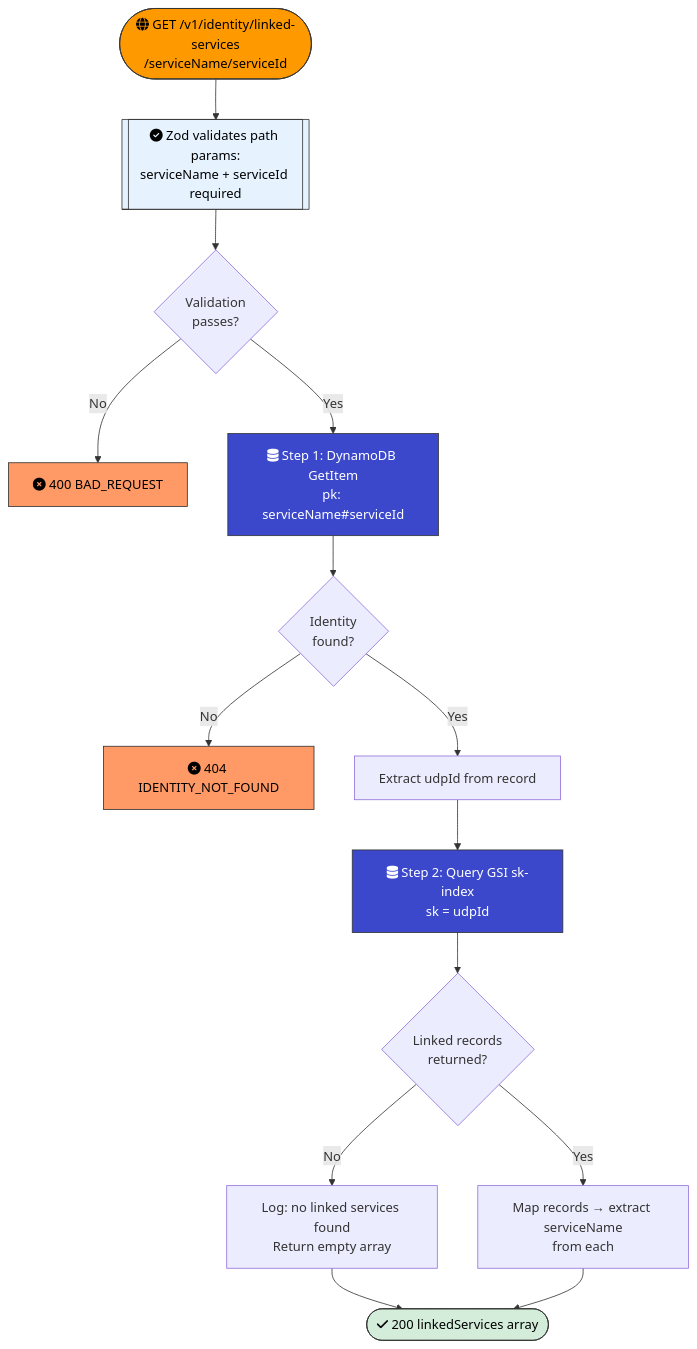
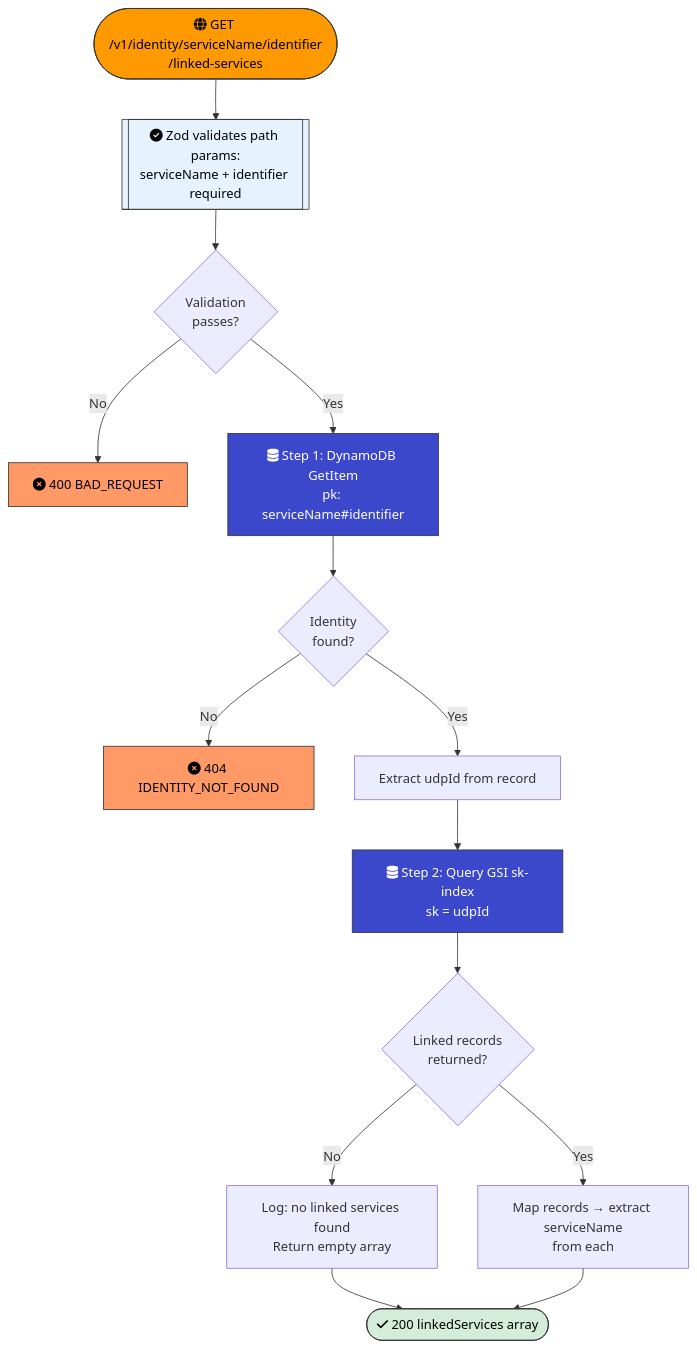
The seventh of 21 diagrams in docs/lambda-flow-diagrams.md (govuk-once/user-data-platform), drawn with Mermaid before and after one commit. The commit also changed other lines of this file and 5 other files, not shown here.

Commit message:
chore: refactor all linked services path

````diff
--- a/docs/lambda-flow-diagrams.md
+++ b/docs/lambda-flow-diagrams.md
@@ -316,43 +316,43 @@
 ```mermaid
 
 flowchart TD
 
     classDef error fill:#f96,stroke:#333,color:#000
 
     classDef success fill:#d4edda,stroke:#333,color:#000
 
     classDef apigw fill:#FF9900,stroke:#333,color:#000
 
     classDef dynamo fill:#3B48CC,stroke:#333,color:#fff
 
     classDef validate fill:#e6f3ff,stroke:#333,color:#000
 
 
 
-    A(["fa:fa-globe GET /v1/identity/linked-services<br/>/serviceName/serviceId"]):::apigw --> B[[fa:fa-check-circle Zod validates path params:<br/>serviceName + serviceId required]]:::validate
+    A(["fa:fa-globe GET /v1/identity/serviceName/identifier<br/>/linked-services"]):::apigw --> B[[fa:fa-check-circle Zod validates path params:<br/>serviceName + identifier required]]:::validate
 
     B --> C{Validation<br/>passes?}
 
     C -- No --> ERR1[fa:fa-times-circle 400 BAD_REQUEST]:::error
 
-    C -- Yes --> D[fa:fa-database Step 1: DynamoDB GetItem<br/>pk: serviceName#serviceId]:::dynamo
+    C -- Yes --> D[fa:fa-database Step 1: DynamoDB GetItem<br/>pk: serviceName#identifier]:::dynamo
 
     D --> E{Identity<br/>found?}
 
     E -- No --> ERR2[fa:fa-times-circle 404 IDENTITY_NOT_FOUND]:::error
 
     E -- Yes --> F[Extract udpId from record]
 
     F --> G[fa:fa-database Step 2: Query GSI sk-index<br/>sk = udpId]:::dynamo
 
     G --> H{Linked records<br/>returned?}
 
     H -- No --> I[Log: no linked services found<br/>Return empty array]
 
     H -- Yes --> J[Map records → extract serviceName<br/>from each]
 
     I --> K([fa:fa-check 200 linkedServices array]):::success
 
     J --> K
 
 ```
````
